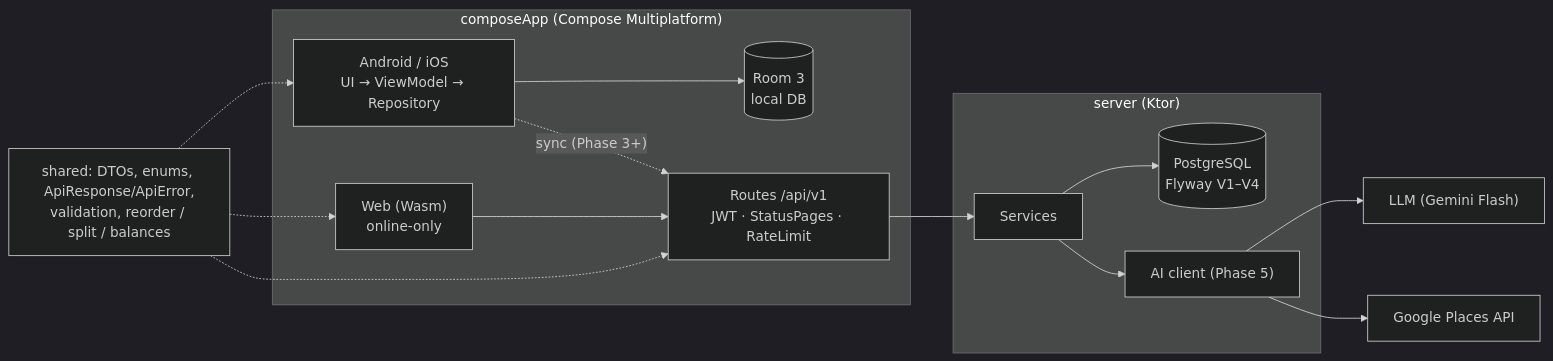
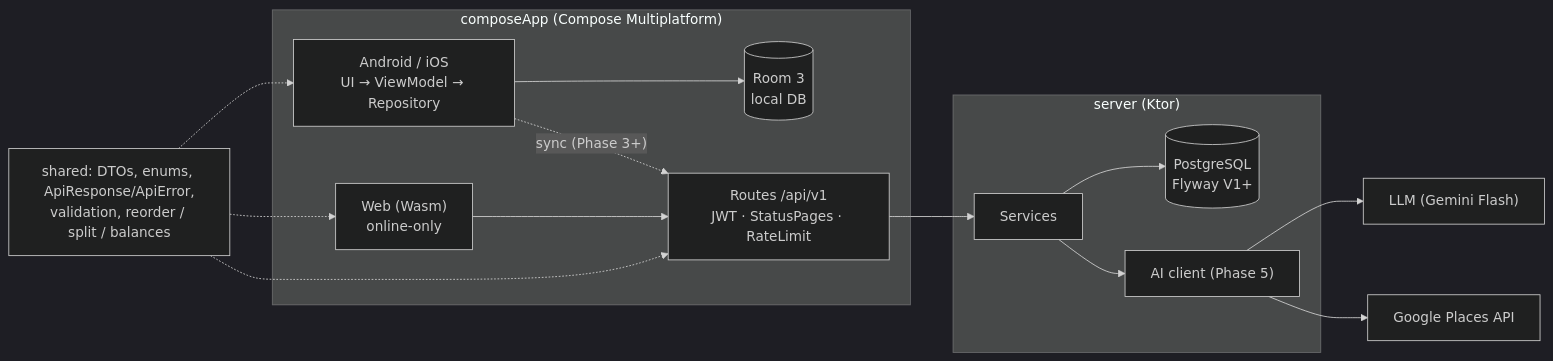
The diagram in docs/TRD.md (septianen/ransel-app), drawn with Mermaid (dark theme) before and after one commit. The commit also changed other lines of this file and 39 other files, not shown here.

````diff
--- a/docs/TRD.md
+++ b/docs/TRD.md
@@ -21,17 +21,17 @@
 ```mermaid
 flowchart LR
   subgraph Client["composeApp (Compose Multiplatform)"]
     A["Android / iOS<br/>UI → ViewModel → Repository"] --> R[("Room 3<br/>local DB")]
     A -. "sync (Phase 3+)" .-> API
     W["Web (Wasm)<br/>online-only"] --> API
   end
   subgraph Server["server (Ktor)"]
-    API["Routes /api/v1<br/>JWT · StatusPages · RateLimit"] --> S[Services] --> PG[("PostgreSQL<br/>Flyway V1–V4")]
+    API["Routes /api/v1<br/>JWT · StatusPages · RateLimit"] --> S[Services] --> PG[("PostgreSQL<br/>Flyway V1+")]
     S --> AI["AI client (Phase 5)"]
   end
   AI --> LLM["LLM (Gemini Flash)"]
   AI --> PL["Google Places API"]
   SH["shared: DTOs, enums, ApiResponse/ApiError,<br/>validation, reorder / split / balances"] -.-> A
   SH -.-> W
   SH -.-> API
 ```
````
